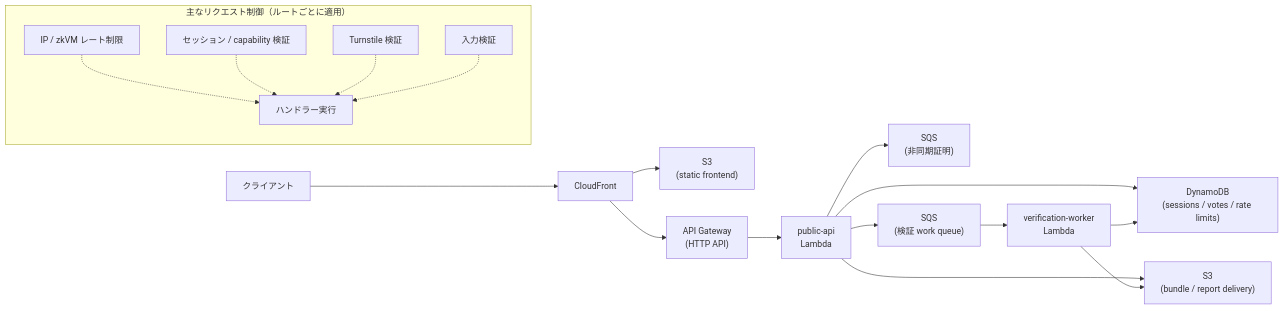
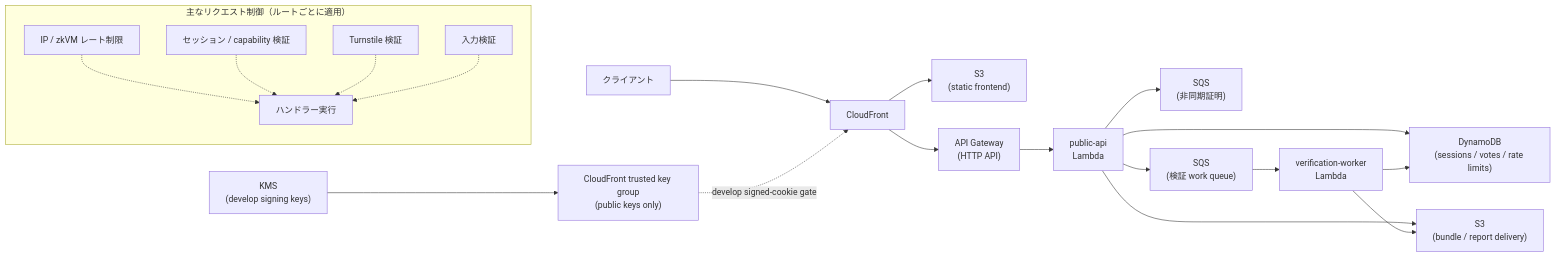
One commit to hwatanabe-jp/stark-ballot-simulator-public changed the first of 4 diagrams in public-book/src/aws/topology.md. Above: the diagram before and after it, drawn with Mermaid. The commit also changed other lines of this file and 275 other files, not shown here.

````diff
--- a/public-book/src/aws/topology.md
+++ b/public-book/src/aws/topology.md
@@ -24,27 +28,29 @@
 ```mermaid
 flowchart LR
   Client["クライアント"] --> CF["CloudFront"]
+  KMS["KMS<br/>(develop signing keys)"] --> KG["CloudFront trusted key group<br/>(public keys only)"]
+  KG -. develop signed-cookie gate .-> CF
   CF --> FRONT["S3<br/>(static frontend)"]
   CF --> APIGW["API Gateway<br/>(HTTP API)"]
   APIGW --> API["public-api<br/>Lambda"]
   API --> DDB["DynamoDB<br/>(sessions / votes / rate limits)"]
   API --> SQS["SQS<br/>(非同期証明)"]
   API --> VQS["SQS<br/>(検証 work queue)"]
   API --> S3["S3<br/>(bundle / report delivery)"]
   VQS --> VW["verification-worker<br/>Lambda"]
   VW --> S3
   VW --> DDB
 
   subgraph "主なリクエスト制御（ルートごとに適用）"
     direction TB
     RATE["IP / zkVM レート制限"]
     SESS["セッション / capability 検証"]
     TURN["Turnstile 検証"]
     BODY["入力検証"]
     HAND["ハンドラー実行"]
     RATE -.-> HAND
     SESS -.-> HAND
     TURN -.-> HAND
     BODY -.-> HAND
   end
 ```
````
